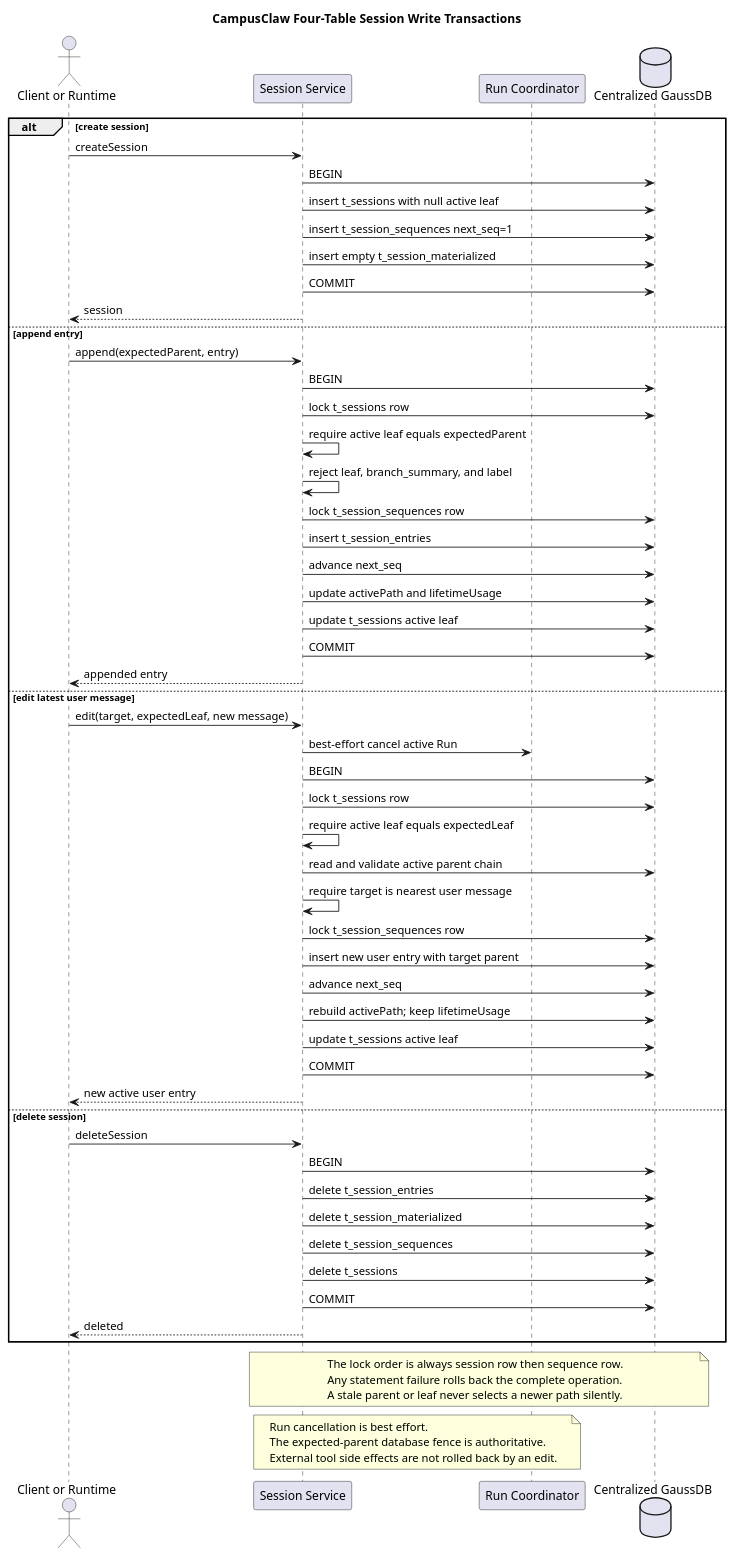
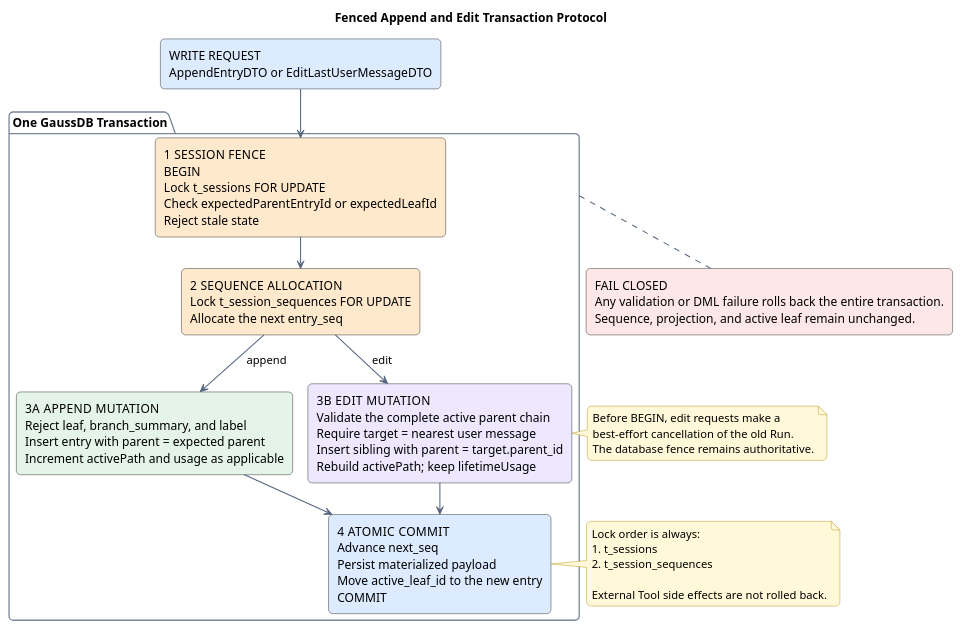
One commit to ssm0808/pi-mono-java-design changed the second of 4 diagrams in diagrams/memory/diagram.puml. Above: the diagram before and after it, drawn with PlantUML. The commit also changed other lines of this file and 8 other files, not shown here.

Commit message:
docs(memory): improve session diagram readability

```diff
--- a/diagrams/memory/diagram.puml
+++ b/diagrams/memory/diagram.puml
@@ -82,82 +95,69 @@
 @startuml memory-write-transaction
-title CampusClaw Four-Table Session Write Transactions
+!pragma layout smetana
+title Fenced Append and Edit Transaction Protocol
+top to bottom direction
+
 skinparam backgroundColor #FFFFFF
+skinparam shadowing false
+skinparam roundcorner 10
+skinparam defaultTextAlignment left
+skinparam ArrowColor #53657D
+skinparam ArrowThickness 1.2
+skinparam PackageBorderColor #7A8699
+skinparam NoteBorderColor #B58B00
+skinparam NoteBackgroundColor #FFF8D9
 
 ' Source evidence:
 ' - badlogic/pi-mono@f0deb8dd8e9611e89b5bc4145ca92c03ae6ed4ee
 ' - packages/storage/sqlite-node/src/sqlite/storage/index.ts: appendEntry
 ' - packages/storage/sqlite-node/src/sqlite/storage/session-sequences.ts
 ' - packages/storage/sqlite-node/src/sqlite/storage/session-materialized.ts
 ' Observed behavior: pi serializes writes in one process and updates seven
 ' categories of Session state in one SQLite transaction.
-' Target-only edit rule: a new user entry replaces the latest active user entry
-' by sharing its parent and becoming the new active leaf.
+' Target-only edit rule: a new user entry shares the old user entry parent and
+' becomes the new active leaf while the old subtree stays immutable.
 ' Architecture change: branch caches and label projection writes are removed.
 ' Concurrency hardening: lock session before sequence and require expected leaf.
-' Design reason: reject stale Runs while retaining immutable old-path evidence.
+' Design reason: show the common fence once and compare only divergent mutations.
 
-actor "Client or Runtime" as caller
-participant "Session Service" as service
-participant "Run Coordinator" as run
-database "Centralized GaussDB" as db
+rectangle "WRITE REQUEST\nAppendEntryDTO or EditLastUserMessageDTO" as request #DCEBFF
 
-alt create session
-  caller -> service : createSession
-  service -> db : BEGIN
-  service -> db : insert t_sessions with null active leaf
-  service -> db : insert t_session_sequences next_seq=1
-  service -> db : insert empty t_session_materialized
-  service -> db : COMMIT
-  service --> caller : session
-else append entry
-  caller -> service : append(expectedParent, entry)
-  service -> db : BEGIN
-  service -> db : lock t_sessions row
-  service -> service : require active leaf equals expectedParent
-  service -> service : reject leaf, branch_summary, and label
-  service -> db : lock t_session_sequences row
-  service -> db : insert t_session_entries
-  service -> db : advance next_seq
-  service -> db : update activePath and lifetimeUsage
-  service -> db : update t_sessions active leaf
-  service -> db : COMMIT
-  service --> caller : appended entry
-else edit latest user message
-  caller -> service : edit(target, expectedLeaf, new message)
-  service -> run : best-effort cancel active Run
-  service -> db : BEGIN
-  service -> db : lock t_sessions row
-  service -> service : require active leaf equals expectedLeaf
-  service -> db : read and validate active parent chain
-  service -> service : require target is nearest user message
-  service -> db : lock t_session_sequences row
-  service -> db : insert new user entry with target parent
-  service -> db : advance next_seq
-  service -> db : rebuild activePath; keep lifetimeUsage
-  service -> db : update t_sessions active leaf
-  service -> db : COMMIT
-  service --> caller : new active user entry
-else delete session
-  caller -> service : deleteSession
-  service -> db : BEGIN
-  service -> db : delete t_session_entries
-  service -> db : delete t_session_materialized
-  service -> db : delete t_session_sequences
-  service -> db : delete t_sessions
-  service -> db : COMMIT
-  service --> caller : deleted
-end
+package "One GaussDB Transaction" as transaction {
+  rectangle "1  SESSION FENCE\nBEGIN\nLock t_sessions FOR UPDATE\nCheck expectedParentEntryId or expectedLeafId\nReject stale state" as fence #FFE9CC
 
-note over service,db
-The lock order is always session row then sequence row.
-Any statement failure rolls back the complete operation.
-A stale parent or leaf never selects a newer path silently.
+  rectangle "2  SEQUENCE ALLOCATION\nLock t_session_sequences FOR UPDATE\nAllocate the next entry_seq" as sequence #FFE9CC
+
+  rectangle "3A  APPEND MUTATION\nReject leaf, branch_summary, and label\nInsert entry with parent = expected parent\nIncrement activePath and usage as applicable" as append #E4F4E8
+
+  rectangle "3B  EDIT MUTATION\nValidate the complete active parent chain\nRequire target = nearest user message\nInsert sibling with parent = target.parent_id\nRebuild activePath; keep lifetimeUsage" as edit #EEE8FF
+
+  rectangle "4  ATOMIC COMMIT\nAdvance next_seq\nPersist materialized payload\nMove active_leaf_id to the new entry\nCOMMIT" as commit #DCEBFF
+
+  fence --> sequence
+  sequence --> append : append
+  sequence --> edit : edit
+  append --> commit
+  edit --> commit
+  append -[hidden]right- edit
+}
+
+rectangle "FAIL CLOSED\nAny validation or DML failure rolls back the entire transaction.\nSequence, projection, and active leaf remain unchanged." as rollback #FDE8E7
+
+request --> fence
+rollback .up. transaction
+
+note left of edit
+Before BEGIN, edit requests make a
+best-effort cancellation of the old Run.
+The database fence remains authoritative.
 end note
 
-note over service,run
-Run cancellation is best effort.
-The expected-parent database fence is authoritative.
-External tool side effects are not rolled back by an edit.
+note right of commit
+Lock order is always:
+1. t_sessions
+2. t_session_sequences
+
+External Tool side effects are not rolled back.
 end note
 
 @enduml
```
